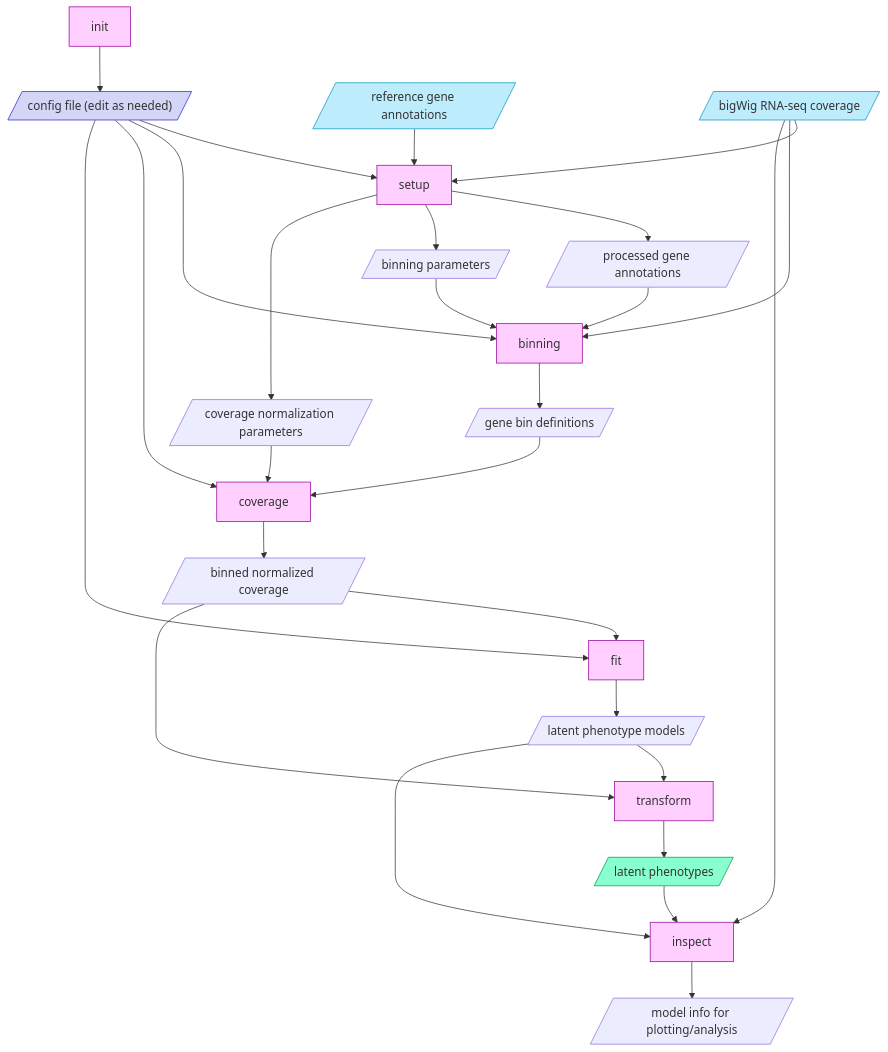
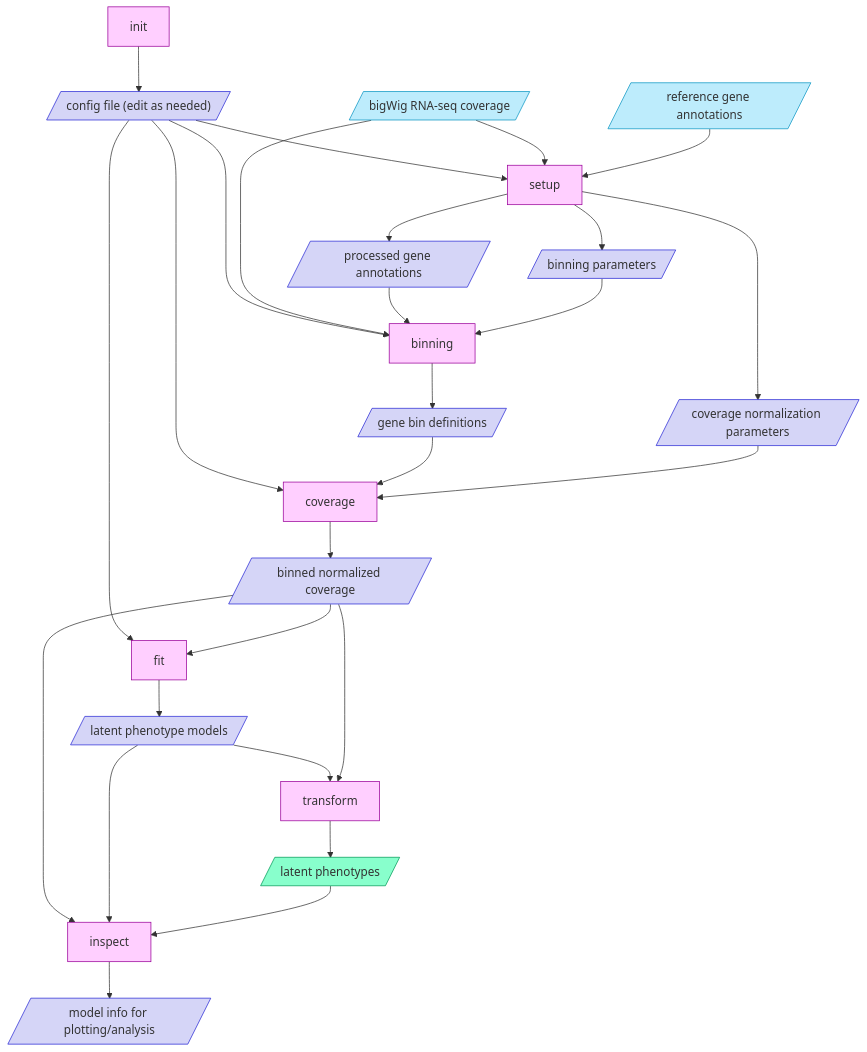
One commit to PejLab/LaDDR changed the second of 3 diagrams in README.md. Above: the diagram before and after it, drawn with Mermaid. The commit also changed other lines of this file and 4 other files, not shown here.

First line of the commit message:
Use norm coverage for inspect

````diff
--- a/README.md
+++ b/README.md
@@ -160,36 +160,36 @@
 ```mermaid
 flowchart TD
     init --> config[/"config file (edit as needed)"/]
     config --> setup
+    bigwig[/bigWig RNA-seq coverage/] --> setup
     gtf[/reference gene annotations/] --> setup
-    bigwig[/bigWig RNA-seq coverage/] --> setup
     setup --> geneinfo[/processed gene annotations/]
     setup --> binningparams[/binning parameters/]
     setup --> covgnormparams[/coverage normalization parameters/]
     config --> binning
     bigwig --> binning
     geneinfo --> binning
     binningparams --> binning
     binning --> bins[/gene bin definitions/]
     config --> coverage
     bins --> coverage
     covgnormparams --> coverage
     coverage --> covg[/binned normalized coverage/]
     config --> fit
     covg --> fit
     fit --> models[/latent phenotype models/]
+    models --> transform
     covg --> transform
-    models --> transform
     transform --> phenotypes[/latent phenotypes/]
-    bigwig --> inspect
+    covg --> inspect
     models --> inspect
     phenotypes --> inspect
     inspect --> modelinfo[/model info for plotting/analysis/]
     classDef step fill:#ffcfff,stroke:#990099
     classDef data fill:#d5d5f7,stroke:#2929d6
     classDef input fill:#bdecfc,stroke:#0995c3
     class init,setup,binning,coverage,fit,transform,inspect step
-    class config,bigwig,data data
+    class config,geneinfo,binningparams,covgnormparams,bins,covg,models,phenotypes,modelinfo data
     class gtf,bigwig input
     style phenotypes fill:#88ffcc,stroke:#009957
 ```
````
